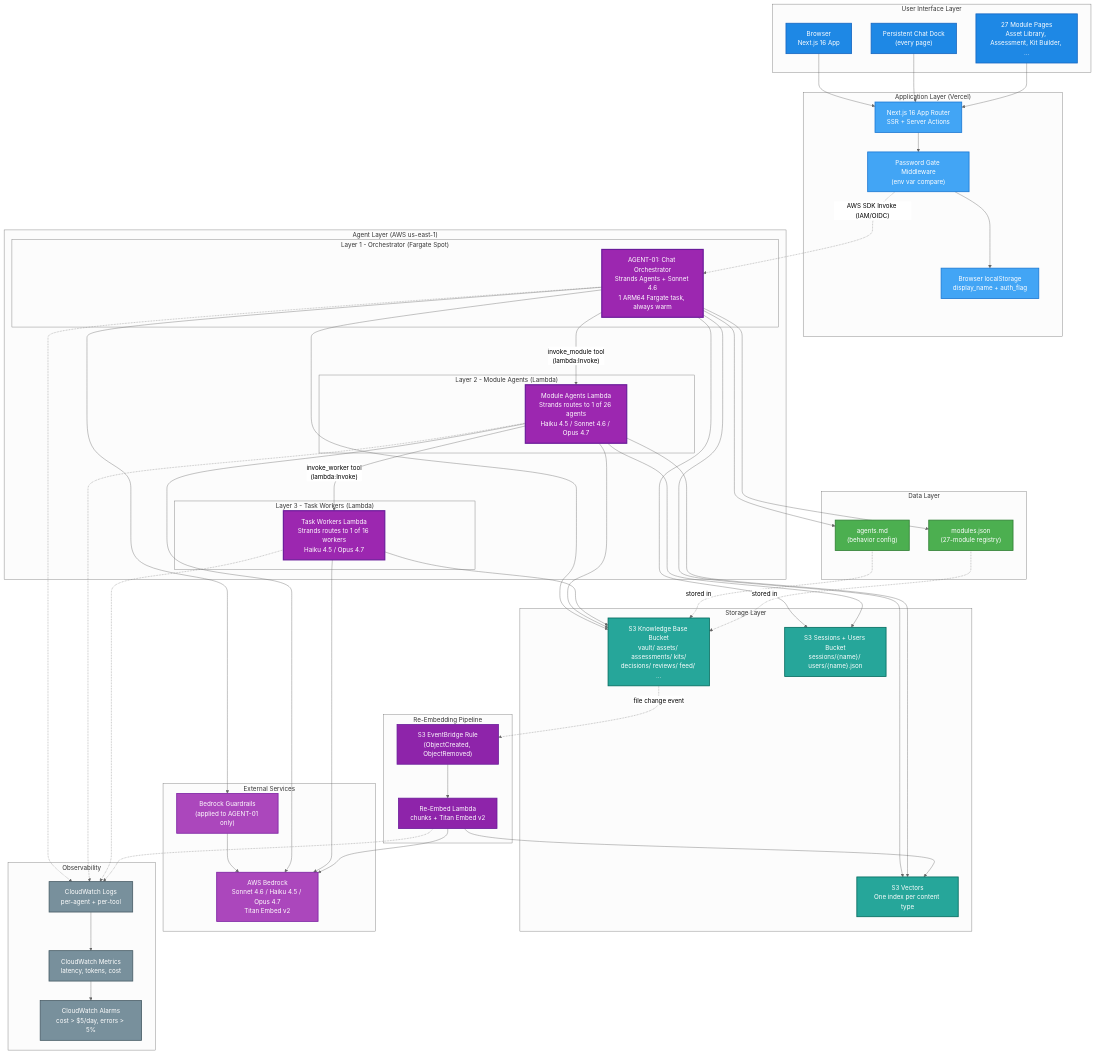
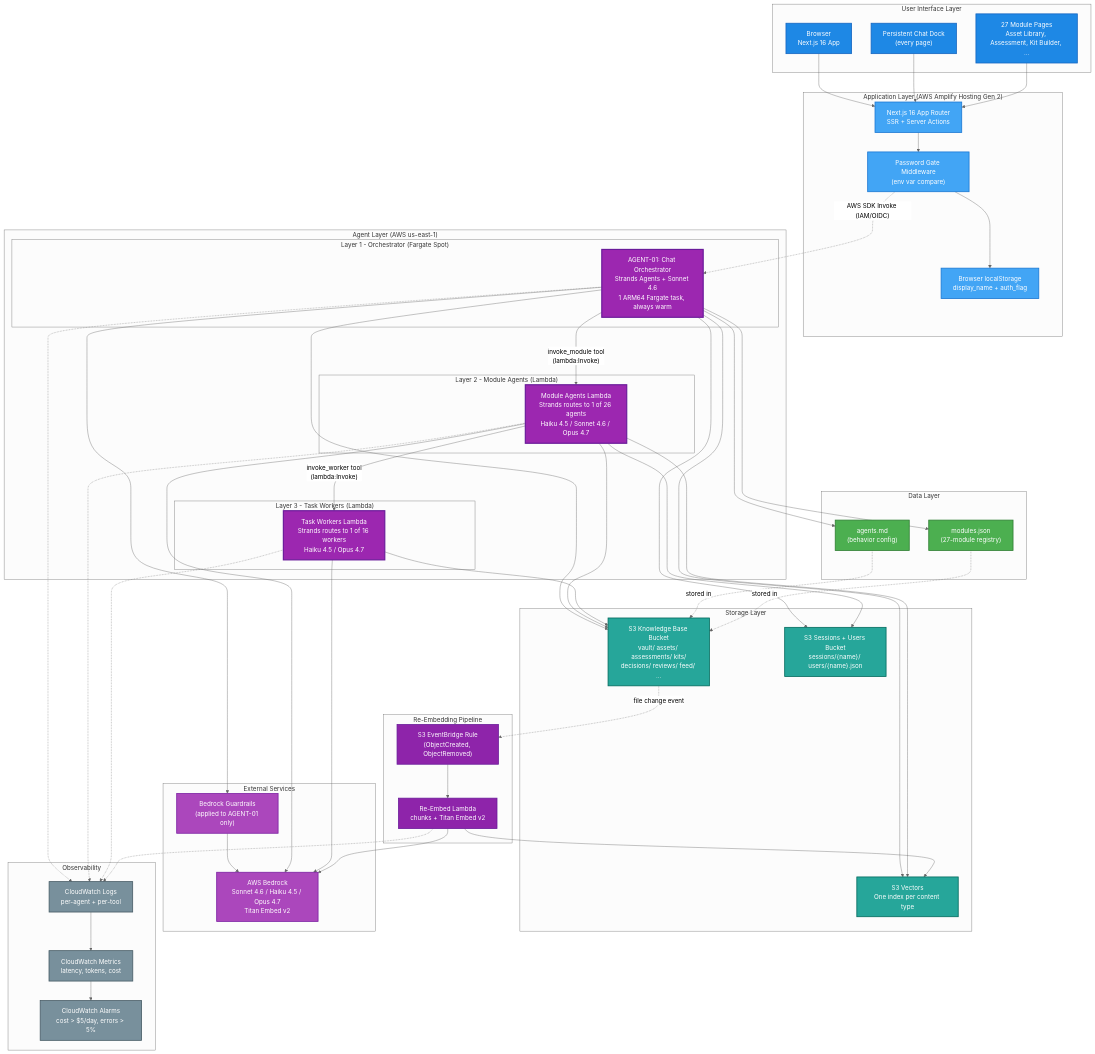
Before and after one commit to ElenaRomanovaCO/ai-coe: the first of 2 diagrams in ai_docs/design.md, drawn with Mermaid (neutral theme). The commit also changed other lines of this file and 17 other files, not shown here.

First line of the commit message:
Migrate frontend deploy from Vercel to AWS Amplify Hosting Gen 2

```diff
--- a/ai_docs/design.md
+++ b/ai_docs/design.md
@@ -63,7 +63,7 @@
     ModulePages["27 Module Pages<br/>Asset Library, Assessment, Kit Builder, ..."]
   end
 
-  subgraph App["Application Layer (Vercel)"]
+  subgraph App["Application Layer (AWS Amplify Hosting Gen 2)"]
     NextApp["Next.js 16 App Router<br/>SSR + Server Actions"]
     AuthGate["Password Gate Middleware<br/>(env var compare)"]
     LocalStorage["Browser localStorage<br/>display_name + auth_flag"]
```
